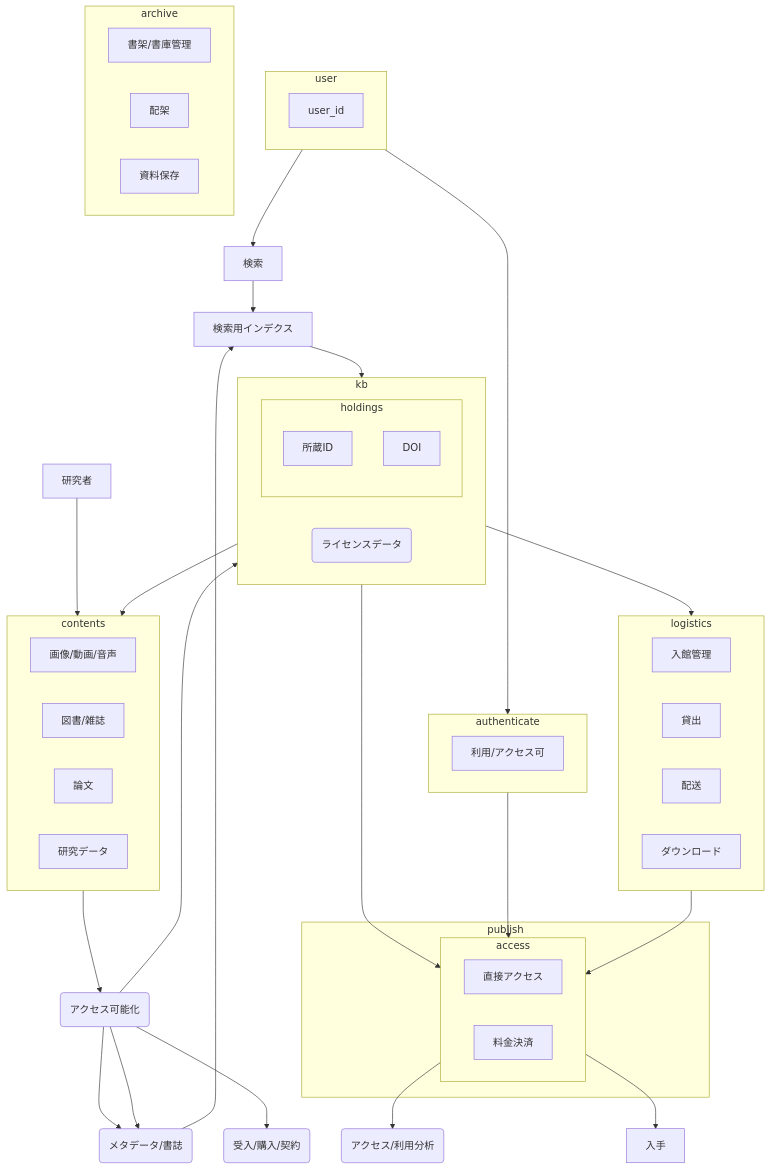
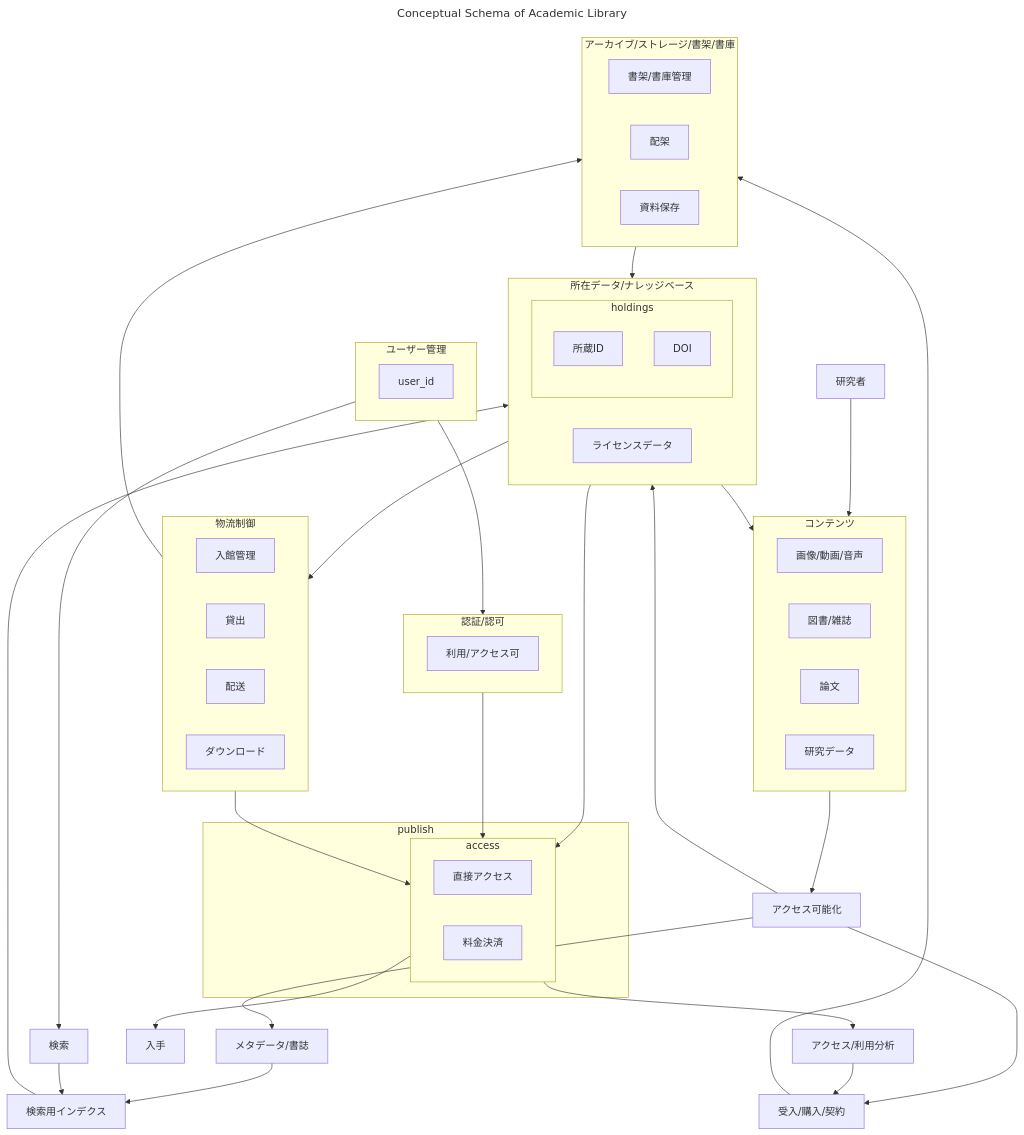
The diagram in README.md (wonox/libraryschema), drawn with Mermaid before and after one commit. The commit also changed other lines of this file, not shown here.

Commit message:
'0321rev'

````diff
--- a/README.md
+++ b/README.md
@@ -6,73 +6,72 @@
 ```mermaid
+---
+title: Conceptual Schema of Academic Library
+---
 flowchart TB
 
-accessible(アクセス可能化)
-kb(所在データ/ナレッジベース)
-licence(ライセンスデータ)
-contents(コンテンツ)
-fullfilment(受入/購入/契約)
-metadata(メタデータ/書誌)
-logistics(物流制御)
-archive(アーカイブ/ストレージ/書架/書庫)
-authenticate(認証/認可)
-analyze(アクセス/利用分析)
-user(ユーザー管理)
+accessible[アクセス可能化]
+licence["ライセンスデータ"]
+fullfilment["受入/購入/契約"]
+metadata["メタデータ/書誌"]
 
 研究者 --> contents
 contents --> accessible
 accessible --> metadata
 accessible --> kb
 accessible --> fullfilment
-accessible --> metadata
+archive --> kb
+fullfilment --> archive
 kb --> contents
 kb --> logistics
 kb --> access
-access --> analyze
+access --> analyze["アクセス/利用分析"]
+analyze --> fullfilment
 access --> 入手
 authenticate --> access
 logistics --> access
+logistics --> archive
 metadata --> 検索用インデクス
 検索用インデクス --> kb
 user --> 検索
 user --> authenticate
 検索 --> 検索用インデクス
 
-subgraph contents
+subgraph contents["コンテンツ"]
     画像/動画/音声
     図書/雑誌
     論文
     研究データ
 end
 subgraph publish
     access
 end
-subgraph kb
+subgraph kb["所在データ/ナレッジベース"]
    subgraph holdings
      所蔵ID
      DOI
    end
    licence
 end
-subgraph user
+subgraph user["ユーザー管理"]
    user_id
 end
-subgraph logistics
+subgraph logistics["物流制御"]
    入館管理
    貸出
    配送
    ダウンロード
 end 
-subgraph authenticate
+subgraph authenticate["認証/認可"]
    利用/アクセス可
 end
 subgraph access
     直接アクセス
     料金決済
 end 
-subgraph archive
+subgraph archive["アーカイブ/ストレージ/書架/書庫"]
    書架/書庫管理
    配架
    資料保存
 end  
 
 ```
````
